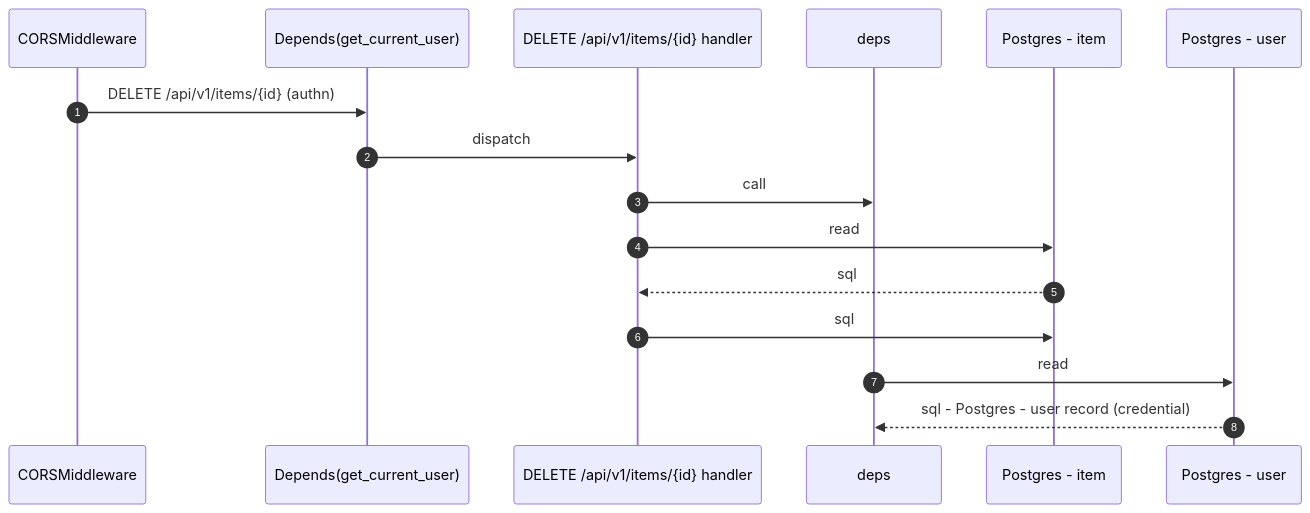
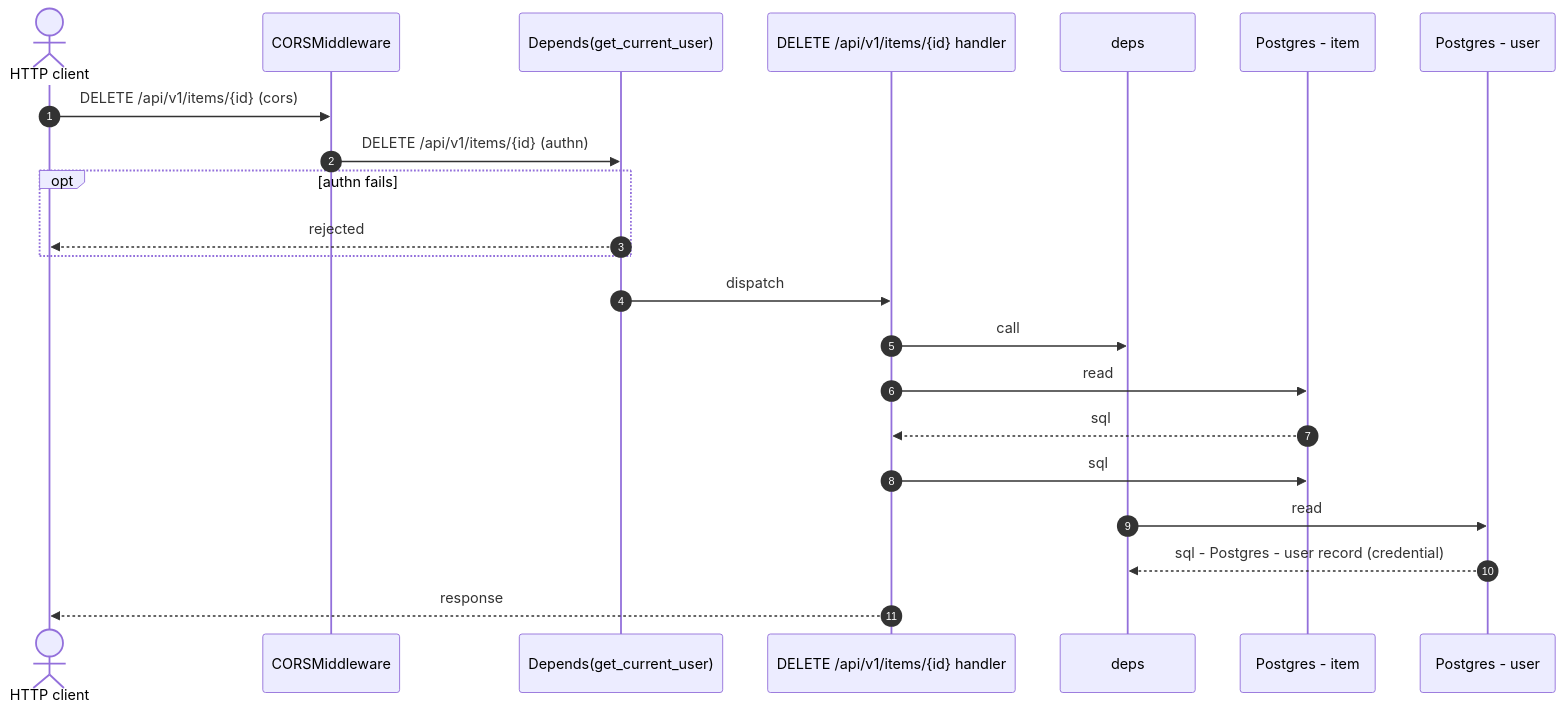
One commit to AskShri/code2designmapping changed the diagram in evaluation/fastapi-full-stack/diagrams/flow-5krobf52d6.mmd. Above: the diagram before and after it, drawn with Mermaid. The commit also changed 164 other files, not shown here.

```diff
--- a/evaluation/fastapi-full-stack/diagrams/flow-5krobf52d6.mmd
+++ b/evaluation/fastapi-full-stack/diagrams/flow-5krobf52d6.mmd
@@ -1,17 +1,23 @@
 %% Control flow: DELETE /api/v1/items/{id}
 sequenceDiagram
   autonumber
+  actor ext_sga4qktkap as HTTP client
   participant ctl_wd5aciiryx as CORSMiddleware
   participant ctl_7iwajdwngb as Depends(get_current_user)
   participant proc_woidodah2j as DELETE /api/v1/items/{id} handler
   participant proc_y2oca677vj as deps
   participant store_qxjued45lx as Postgres - item
   participant store_tvae56uepz as Postgres - user
+  ext_sga4qktkap->>ctl_wd5aciiryx: DELETE /api/v1/items/{id} (cors)
   ctl_wd5aciiryx->>ctl_7iwajdwngb: DELETE /api/v1/items/{id} (authn)
+  opt authn fails
+    ctl_7iwajdwngb-->>ext_sga4qktkap: rejected
+  end
   ctl_7iwajdwngb->>proc_woidodah2j: dispatch
   proc_woidodah2j->>proc_y2oca677vj: call
   proc_woidodah2j->>store_qxjued45lx: read
   store_qxjued45lx-->>proc_woidodah2j: sql
   proc_woidodah2j->>store_qxjued45lx: sql
   proc_y2oca677vj->>store_tvae56uepz: read
   store_tvae56uepz-->>proc_y2oca677vj: sql - Postgres - user record (credential)
+  proc_woidodah2j-->>ext_sga4qktkap: response
```
